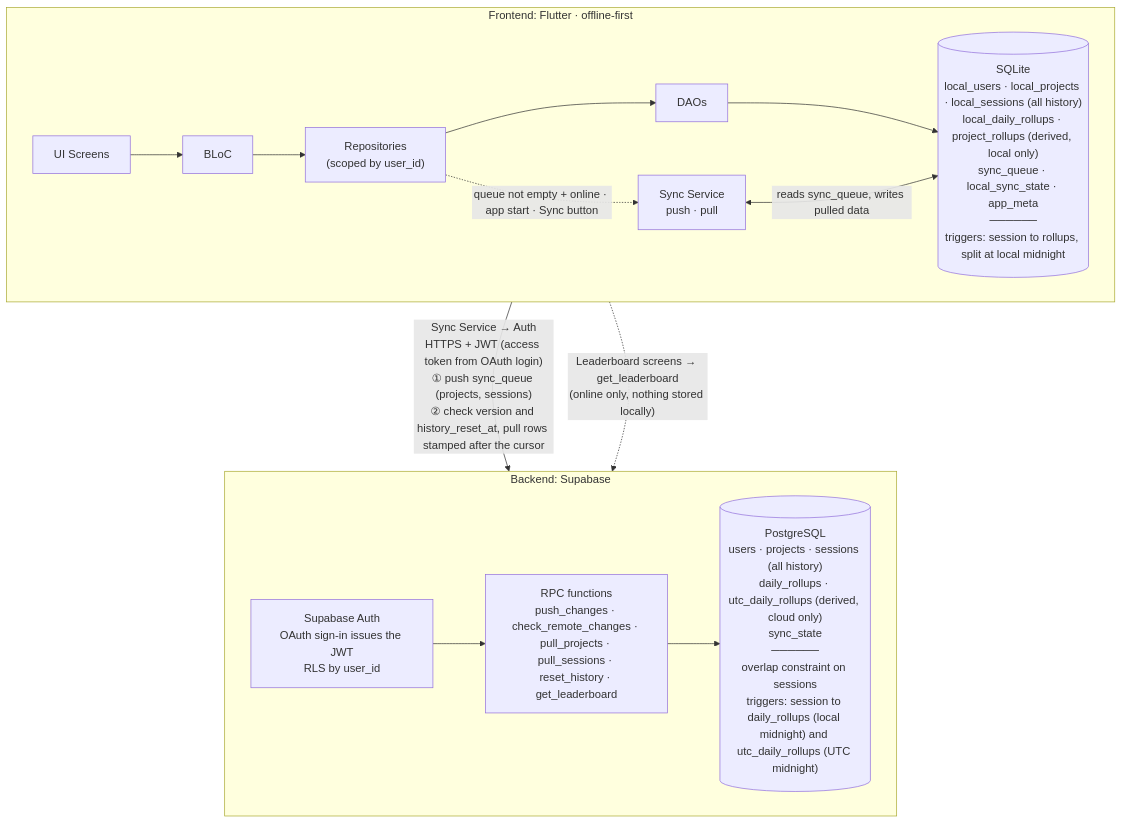
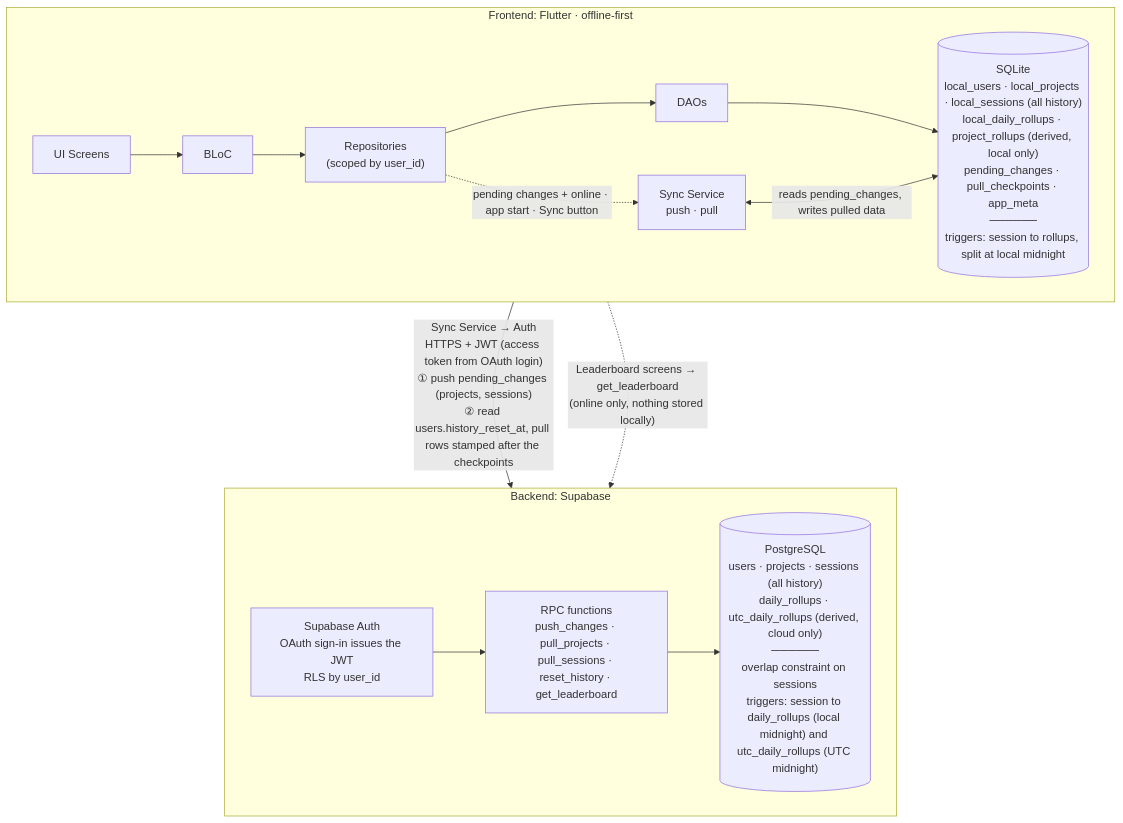
One commit to sardaar-niamotullah/tarkeez changed the first of 3 diagrams in README.md. Above: the diagram before and after it, drawn with Mermaid. The commit also changed other lines of this file, not shown here.

````diff
--- a/README.md
+++ b/README.md
@@ -260,17 +260,17 @@
 ```mermaid
 flowchart TB
   subgraph APP["Frontend: Flutter · offline-first"]
     direction LR
-    UI["UI Screens"] --> BLOC["BLoC"] --> REPO["Repositories<br/>(scoped by user_id)"] --> DAO["DAOs"] --> LDB[("SQLite<br/>local_users · local_projects · local_sessions (all history)<br/>local_daily_rollups · project_rollups (derived, local only)<br/>sync_queue · local_sync_state · app_meta<br/>──────<br/>triggers: session to rollups, split at local midnight")]
-    REPO -.->|"queue not empty + online · app start · Sync button"| SYNC["Sync Service<br/>push · pull"]
-    SYNC <-->|"reads sync_queue, writes pulled data"| LDB
+    UI["UI Screens"] --> BLOC["BLoC"] --> REPO["Repositories<br/>(scoped by user_id)"] --> DAO["DAOs"] --> LDB[("SQLite<br/>local_users · local_projects · local_sessions (all history)<br/>local_daily_rollups · project_rollups (derived, local only)<br/>pending_changes · pull_checkpoints · app_meta<br/>──────<br/>triggers: session to rollups, split at local midnight")]
+    REPO -.->|"pending changes + online · app start · Sync button"| SYNC["Sync Service<br/>push · pull"]
+    SYNC <-->|"reads pending_changes, writes pulled data"| LDB
   end
 
   subgraph CLOUD["Backend: Supabase"]
     direction LR
-    AUTH["Supabase Auth<br/>OAuth sign-in issues the JWT<br/>RLS by user_id"] --> RPC["RPC functions<br/>push_changes · check_remote_changes · pull_projects · pull_sessions · reset_history · get_leaderboard"] --> CDB[("PostgreSQL<br/>users · projects · sessions (all history)<br/>daily_rollups · utc_daily_rollups (derived, cloud only)<br/>sync_state<br/>──────<br/>overlap constraint on sessions<br/>triggers: session to daily_rollups (local midnight) and utc_daily_rollups (UTC midnight)")]
+    AUTH["Supabase Auth<br/>OAuth sign-in issues the JWT<br/>RLS by user_id"] --> RPC["RPC functions<br/>push_changes · pull_projects · pull_sessions · reset_history · get_leaderboard"] --> CDB[("PostgreSQL<br/>users · projects · sessions (all history)<br/>daily_rollups · utc_daily_rollups (derived, cloud only)<br/>──────<br/>overlap constraint on sessions<br/>triggers: session to daily_rollups (local midnight) and utc_daily_rollups (UTC midnight)")]
   end
 
-  APP -->|"Sync Service → Auth<br/>HTTPS + JWT (access token from OAuth login)<br/>① push sync_queue (projects, sessions)<br/>② check version and history_reset_at, pull rows stamped after the cursor"| CLOUD
+  APP -->|"Sync Service → Auth<br/>HTTPS + JWT (access token from OAuth login)<br/>① push pending_changes (projects, sessions)<br/>② read users.history_reset_at, pull rows stamped after the checkpoints"| CLOUD
   APP -.->|"Leaderboard screens → get_leaderboard<br/>(online only, nothing stored locally)"| CLOUD
 ```
````
